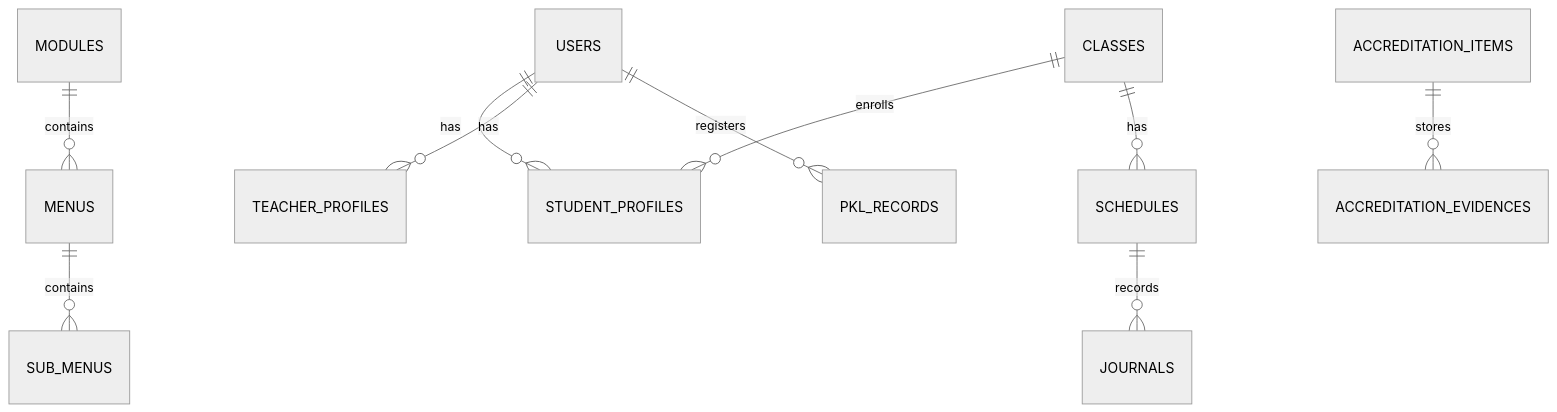
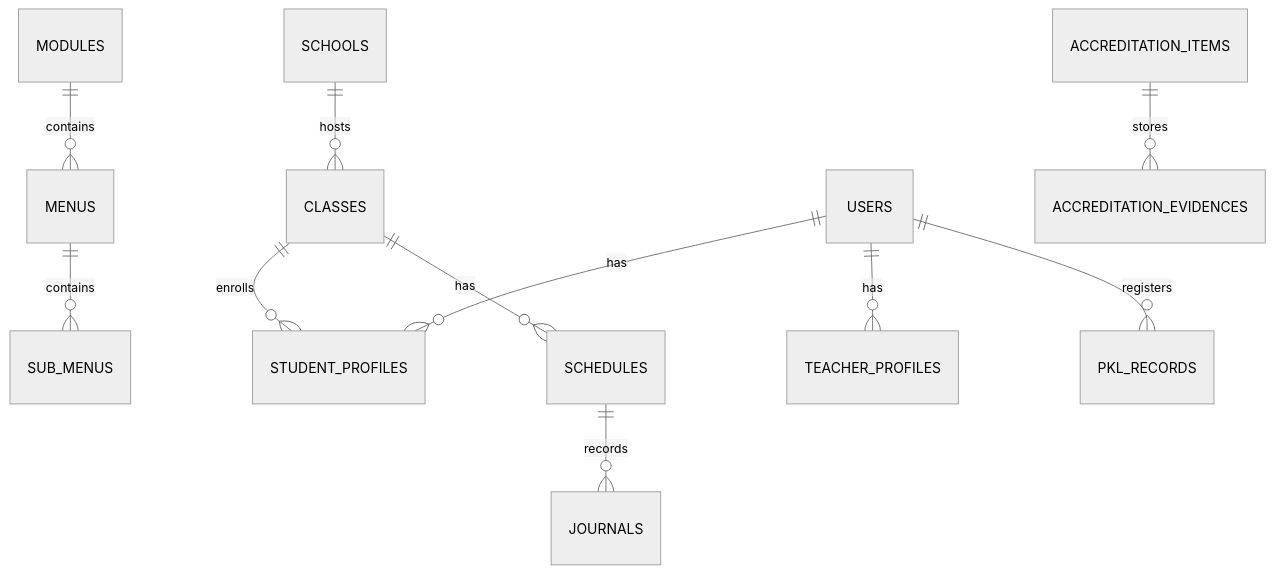
The second of 2 diagrams in detail/DESIGN.md (gh4ni404/infora_project), drawn with Mermaid (neutral theme) before and after one commit. The commit also changed other lines of this file and 15 other files, not shown here.

````diff
--- a/detail/DESIGN.md
+++ b/detail/DESIGN.md
@@ -144,12 +153,13 @@
 ```mermaid
 erDiagram
     MODULES ||--o{ MENUS : contains
     MENUS ||--o{ SUB_MENUS : contains
+    SCHOOLS ||--o{ CLASSES : hosts
     USERS ||--o{ STUDENT_PROFILES : has
     USERS ||--o{ TEACHER_PROFILES : has
     CLASSES ||--o{ STUDENT_PROFILES : enrolls
     CLASSES ||--o{ SCHEDULES : has
     SCHEDULES ||--o{ JOURNALS : records
     USERS ||--o{ PKL_RECORDS : registers
     ACCREDITATION_ITEMS ||--o{ ACCREDITATION_EVIDENCES : stores
 ```
````
